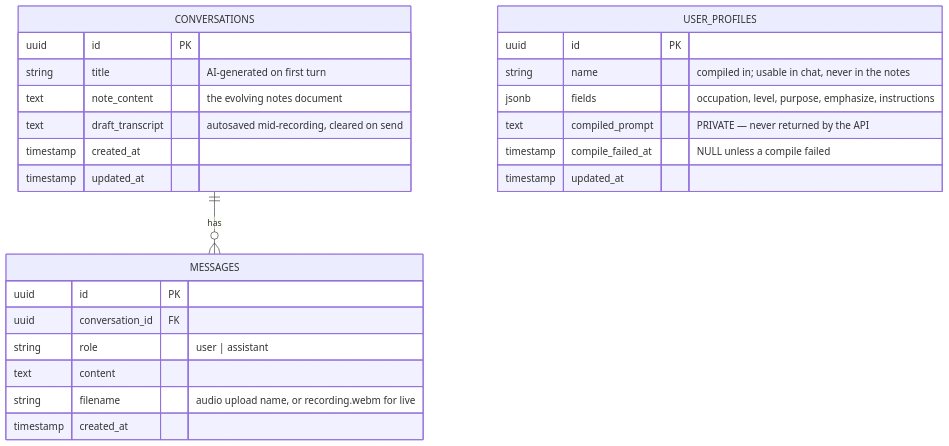
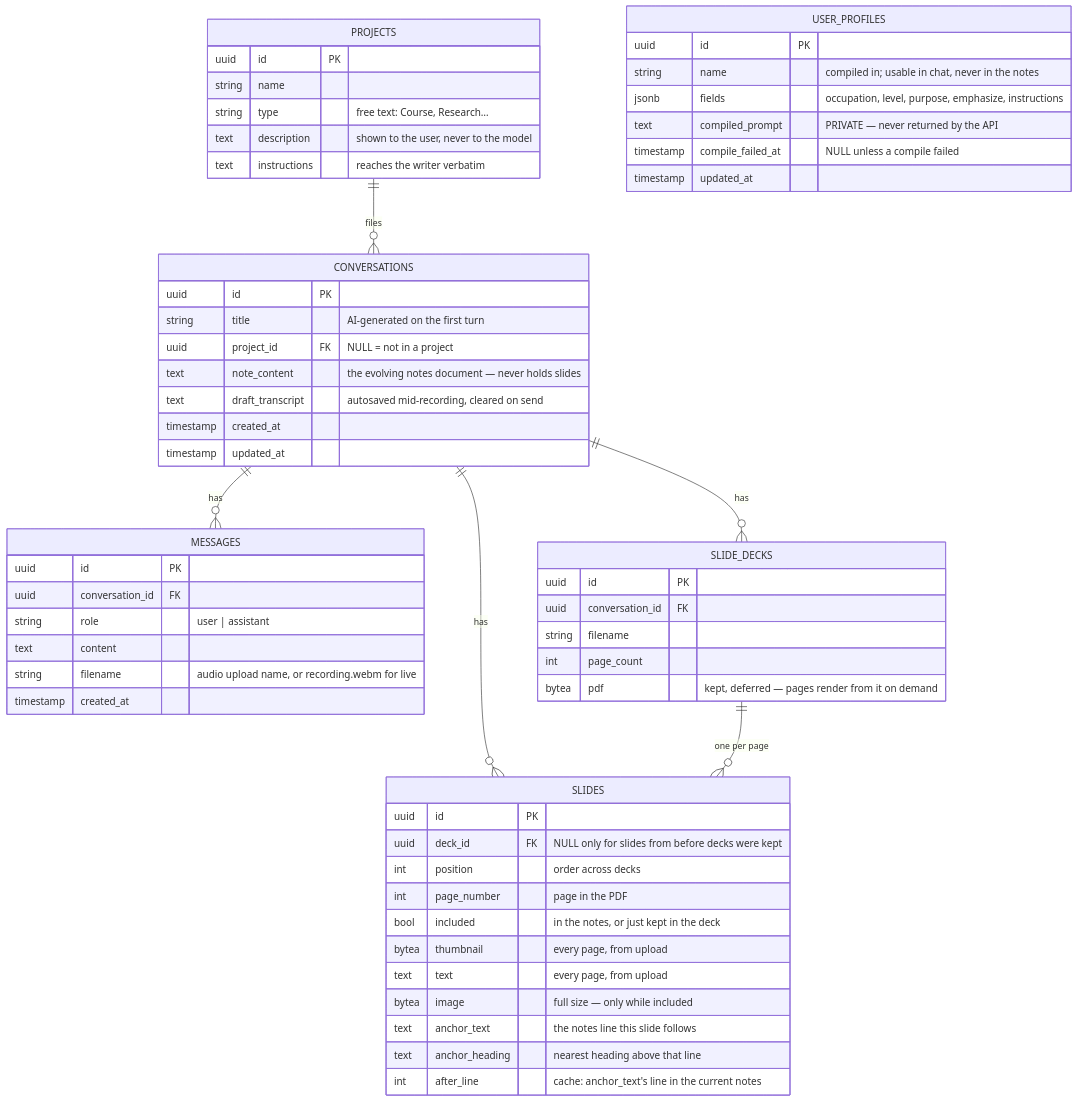
Before and after one commit to karlwehbe/Veda: the second of 3 diagrams in FLOW.md, drawn with Mermaid. The commit also changed other lines of this file and 69 other files, not shown here.

Commit message:
Users can now upload their slides

````diff
--- a/FLOW.md
+++ b/FLOW.md
@@ -65,28 +77,61 @@
 ```mermaid
 erDiagram
+  PROJECTS ||--o{ CONVERSATIONS : "files"
   CONVERSATIONS ||--o{ MESSAGES : has
+  CONVERSATIONS ||--o{ SLIDE_DECKS : has
+  CONVERSATIONS ||--o{ SLIDES : has
+  SLIDE_DECKS ||--o{ SLIDES : "one per page"
+
+  PROJECTS {
+    uuid id PK
+    string name
+    string type "free text: Course, Research…"
+    text description "shown to the user, never to the model"
+    text instructions "reaches the writer verbatim"
+  }
   CONVERSATIONS {
     uuid id PK
-    string title "AI-generated on first turn"
-    text note_content "the evolving notes document"
+    string title "AI-generated on the first turn"
+    uuid project_id FK "NULL = not in a project"
+    text note_content "the evolving notes document — never holds slides"
     text draft_transcript "autosaved mid-recording, cleared on send"
     timestamp created_at
     timestamp updated_at
   }
   MESSAGES {
     uuid id PK
     uuid conversation_id FK
     string role "user | assistant"
     text content
     string filename "audio upload name, or recording.webm for live"
     timestamp created_at
   }
+  SLIDE_DECKS {
+    uuid id PK
+    uuid conversation_id FK
+    string filename
+    int page_count
+    bytea pdf "kept, deferred — pages render from it on demand"
+  }
+  SLIDES {
+    uuid id PK
+    uuid deck_id FK "NULL only for slides from before decks were kept"
+    int position "order across decks"
+    int page_number "page in the PDF"
+    bool included "in the notes, or just kept in the deck"
+    bytea thumbnail "every page, from upload"
+    text text "every page, from upload"
+    bytea image "full size — only while included"
+    text anchor_text "the notes line this slide follows"
+    text anchor_heading "nearest heading above that line"
+    int after_line "cache: anchor_text's line in the current notes"
+  }
   USER_PROFILES {
     uuid id PK
     string name "compiled in; usable in chat, never in the notes"
     jsonb fields "occupation, level, purpose, emphasize, instructions"
     text compiled_prompt "PRIVATE — never returned by the API"
     timestamp compile_failed_at "NULL unless a compile failed"
     timestamp updated_at
   }
 ```
````
